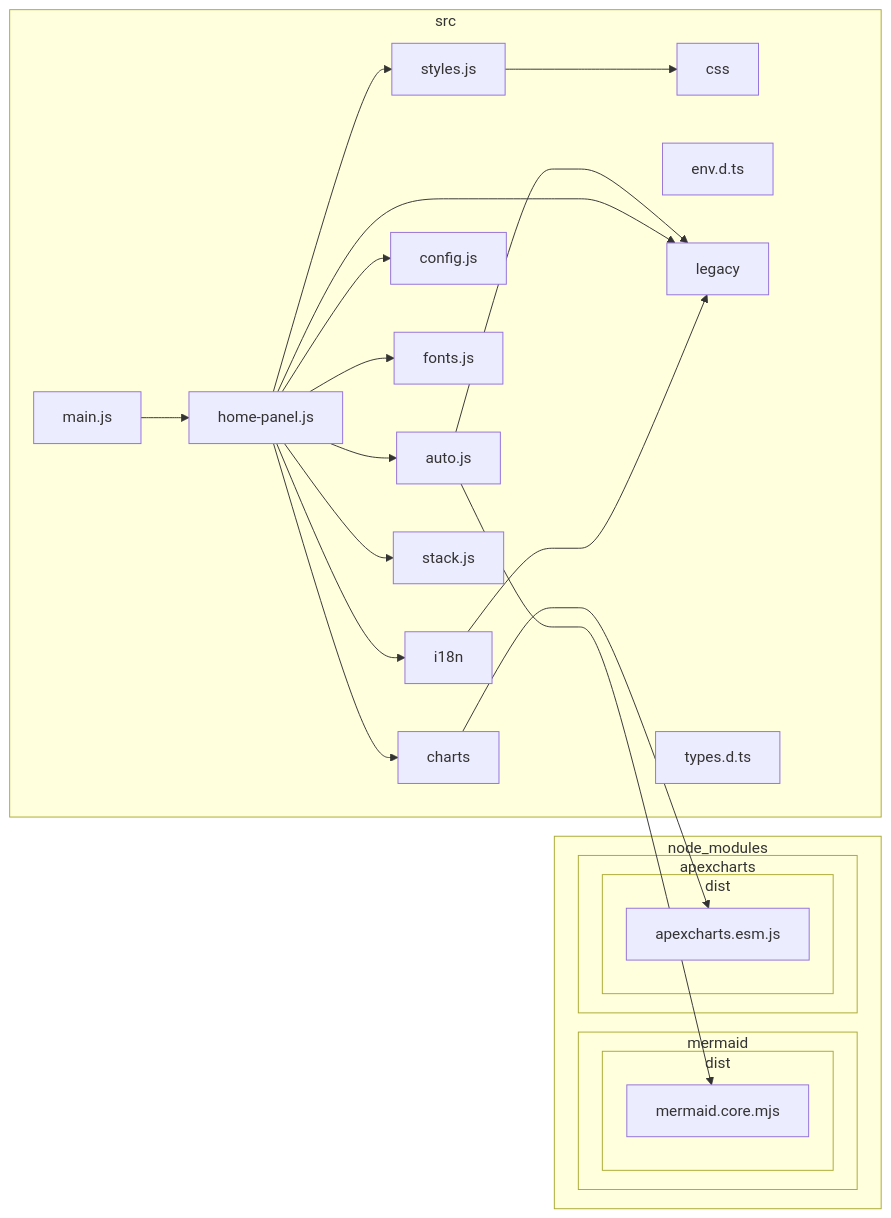
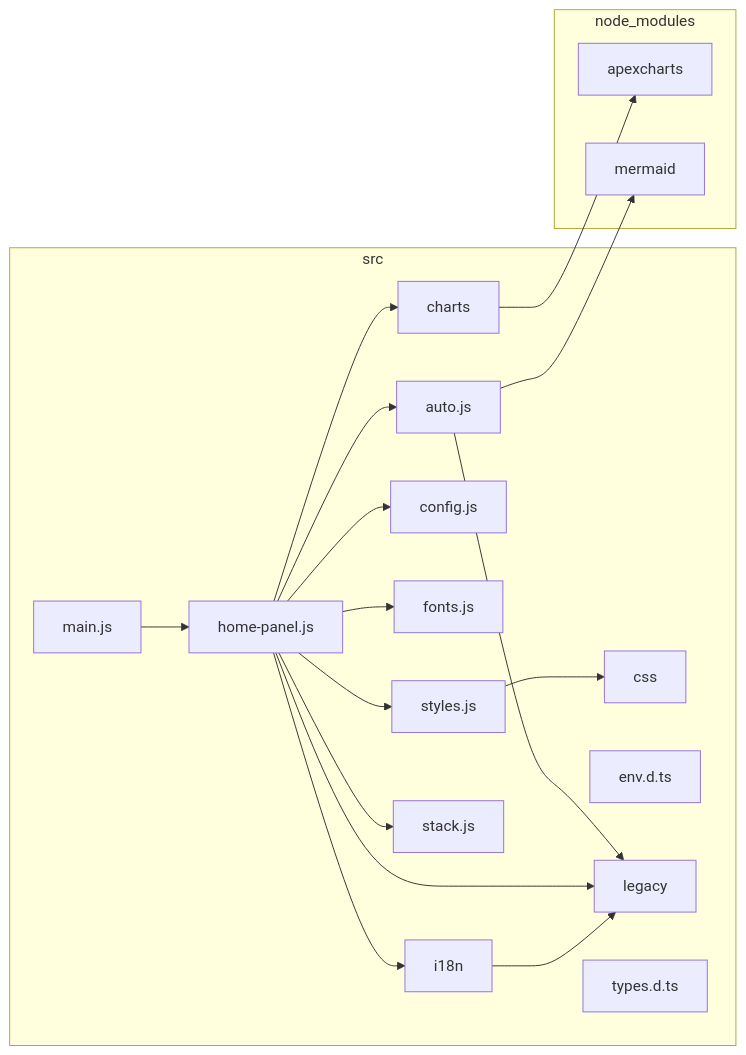
The diagram in docs/architecture/dependency-graph.md (pldelisle/ha-home-panel), drawn with Mermaid before and after one commit. The commit also changed 7 other files, not shown here.

````diff
--- a/docs/architecture/dependency-graph.md
+++ b/docs/architecture/dependency-graph.md
@@ -5,45 +5,37 @@
 ```mermaid
 flowchart LR
 
 subgraph 0["node_modules"]
-subgraph 1["apexcharts"]
-subgraph 2["dist"]
-3["apexcharts.esm.js"]
+1["apexcharts"]
+2["mermaid"]
 end
+subgraph 3["src"]
+4["auto.js"]
+5["charts"]
+6["config.js"]
+7["css"]
+8["env.d.ts"]
+9["fonts.js"]
+A["home-panel.js"]
+B["i18n"]
+C["legacy"]
+D["main.js"]
+E["stack.js"]
+F["styles.js"]
+G["types.d.ts"]
 end
-subgraph 4["mermaid"]
-subgraph 5["dist"]
-6["mermaid.core.mjs"]
-end
-end
-end
-subgraph 7["src"]
-8["auto.js"]
-9["charts"]
-A["config.js"]
-B["css"]
-C["env.d.ts"]
-D["fonts.js"]
-E["home-panel.js"]
-F["i18n"]
-G["legacy"]
-H["main.js"]
-I["stack.js"]
-J["styles.js"]
-K["types.d.ts"]
-end
-8-->G
-8-->6
-9-->3
-E-->8
-E-->9
-E-->A
-E-->D
-E-->F
-E-->G
-E-->I
-E-->J
-F-->G
-H-->E
-J-->B
+4-->C
+4-->2
+5-->1
+A-->4
+A-->5
+A-->6
+A-->9
+A-->B
+A-->C
+A-->E
+A-->F
+B-->C
+D-->A
+F-->7
 ```
````
